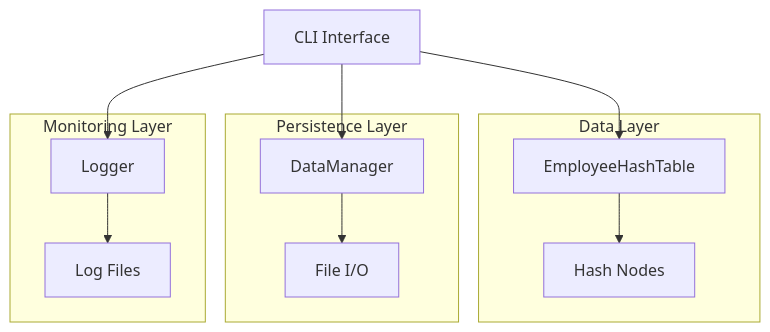
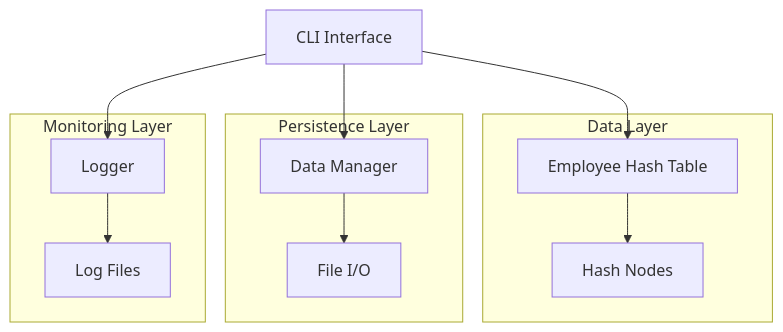
One commit to irongopher75/Office-Management-Project changed the diagram in README.md. Above: the diagram before and after it, drawn with Mermaid. The commit also changed other lines of this file, not shown here.

````diff
--- a/README.md
+++ b/README.md
@@ -205,24 +205,24 @@
 ```mermaid
 graph TB
-    A[CLI Interface] --> B[EmployeeHashTable]
-    A --> C[DataManager]
+    A[CLI Interface] --> B[Employee Hash Table]
+    A --> C[Data Manager]
     A --> D[Logger]
     B --> E[Hash Nodes]
     C --> F[File I/O]
     D --> G[Log Files]
     
     subgraph "Data Layer"
     B
     E
     end
     
     subgraph "Persistence Layer"
     C
     F
     end
     
     subgraph "Monitoring Layer"
     D
     G
     end
 ```
````
